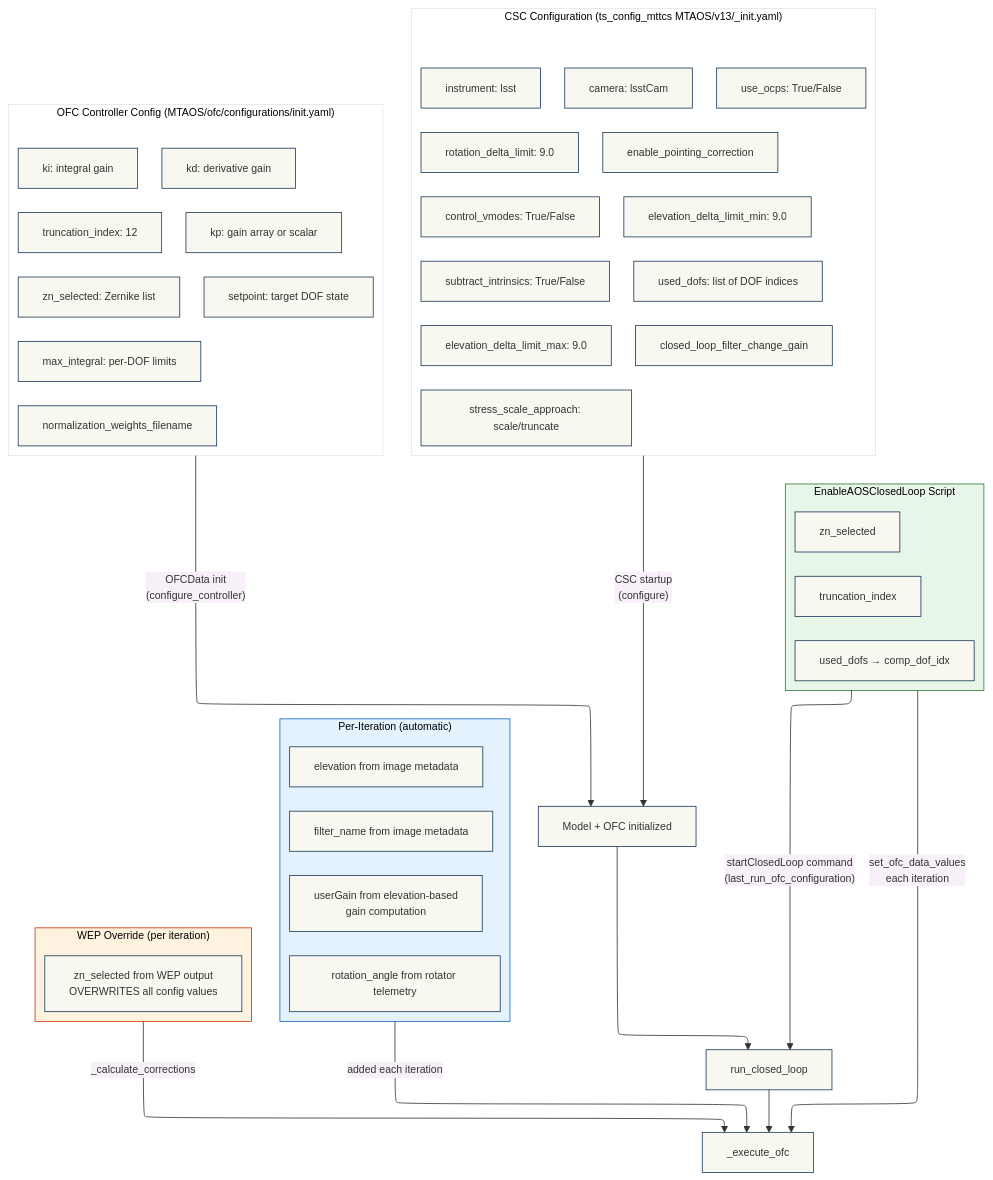
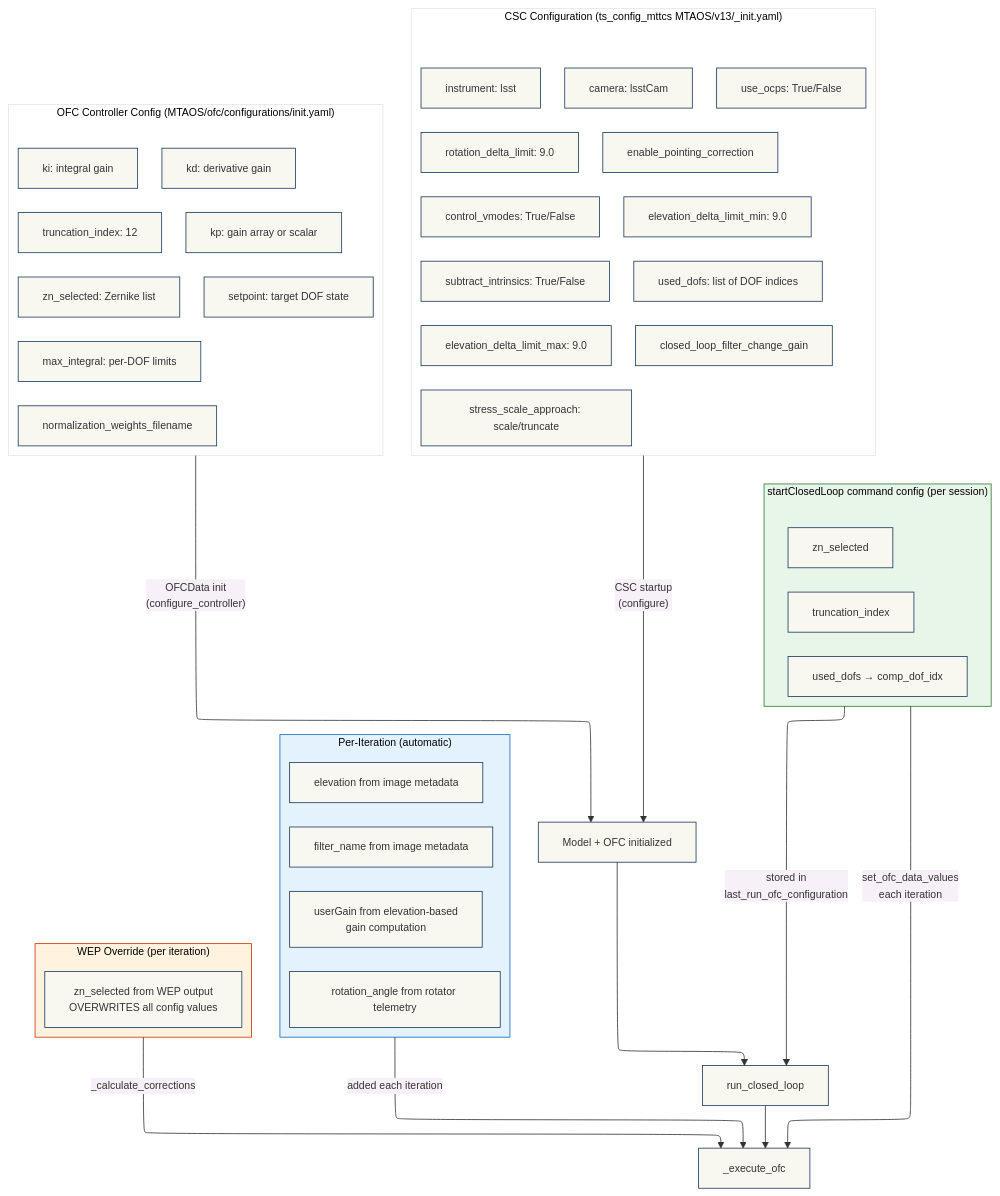
The diagram in doc/closed-loop/_static/config_flow.mmd (lsst-ts/ts_mtaos), drawn with Mermaid before and after one commit. The commit also changed 3 other files, not shown here.

```diff
--- a/doc/closed-loop/_static/config_flow.mmd
+++ b/doc/closed-loop/_static/config_flow.mmd
@@ -1,71 +1,71 @@
 ---
 config:
   theme: base
   themeVariables:
     primaryColor: '#f8f8f0'
     primaryBorderColor: '#1b3a5c'
     lineColor: '#333'
     fontSize: 13px
   layout: elk
 ---
 flowchart TB
     subgraph CSC_CONFIG["CSC Configuration (ts_config_mttcs MTAOS/v13/_init.yaml)"]
         direction TB
         CSC_CAMERA[camera: lsstCam]
         CSC_INSTRUMENT[instrument: lsst]
         CSC_VMODES[control_vmodes: True/False]
         CSC_DOFS[used_dofs: list of DOF indices]
         CSC_SUBTRACT[subtract_intrinsics: True/False]
         CSC_EL_MAX[elevation_delta_limit_max: 9.0]
         CSC_EL_MIN[elevation_delta_limit_min: 9.0]
         CSC_ROT[rotation_delta_limit: 9.0]
         CSC_STRESS[stress_scale_approach: scale/truncate]
         CSC_OCPS[use_ocps: True/False]
         CSC_FILTER_GAIN[closed_loop_filter_change_gain]
         CSC_POINTING[enable_pointing_correction]
     end
 
     subgraph OFC_CONFIG["OFC Controller Config (MTAOS/ofc/configurations/init.yaml)"]
         direction TB
         OFC_KP[kp: gain array or scalar]
         OFC_KI[ki: integral gain]
         OFC_KD[kd: derivative gain]
         OFC_TRUNC[truncation_index: 12]
         OFC_ZN[zn_selected: Zernike list]
         OFC_SETPOINT[setpoint: target DOF state]
         OFC_MAX_INT[max_integral: per-DOF limits]
         OFC_NORM[normalization_weights_filename]
     end
 
-    subgraph SCRIPT["EnableAOSClosedLoop Script"]
+    subgraph SCRIPT["startClosedLoop command config (per session)"]
         direction TB
         SC_DOFS[used_dofs → comp_dof_idx]
         SC_TRUNC[truncation_index]
         SC_ZN[zn_selected]
     end
 
     subgraph PER_ITER["Per-Iteration (automatic)"]
         direction TB
         PI_FILTER[filter_name from image metadata]
         PI_EL[elevation from image metadata]
         PI_ROT[rotation_angle from rotator telemetry]
         PI_GAIN[userGain from elevation-based<br/>gain computation]
     end
 
     subgraph WEP_OVERRIDE["WEP Override (per iteration)"]
         direction TB
         WEP_ZN[zn_selected from WEP output<br/>OVERWRITES all config values]
     end
 
     CSC_CONFIG -->|"CSC startup<br/>(configure)"| MODEL[Model + OFC initialized]
     OFC_CONFIG -->|"OFCData init<br/>(configure_controller)"| MODEL
-    SCRIPT -->|"startClosedLoop command<br/>(last_run_ofc_configuration)"| LOOP[run_closed_loop]
+    SCRIPT -->|"stored in<br/>last_run_ofc_configuration"| LOOP[run_closed_loop]
     MODEL --> LOOP
     PER_ITER -->|"added each iteration"| OFC_CALL[_execute_ofc]
     SCRIPT -->|"set_ofc_data_values<br/>each iteration"| OFC_CALL
     LOOP --> OFC_CALL
     WEP_OVERRIDE -->|"_calculate_corrections"| OFC_CALL
 
     style WEP_OVERRIDE fill:#fff3e0,stroke:#cc3300
     style SCRIPT fill:#e8f5e9,stroke:#2e7d32
     style PER_ITER fill:#e3f2fd,stroke:#1565c0
```
